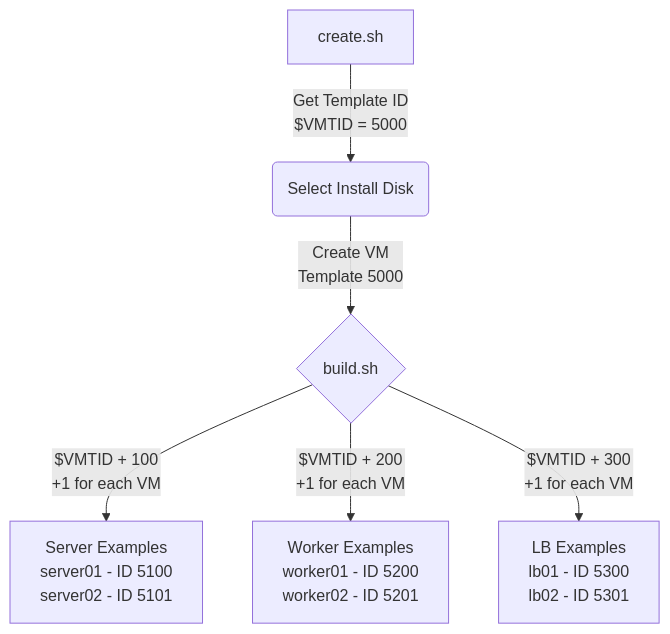
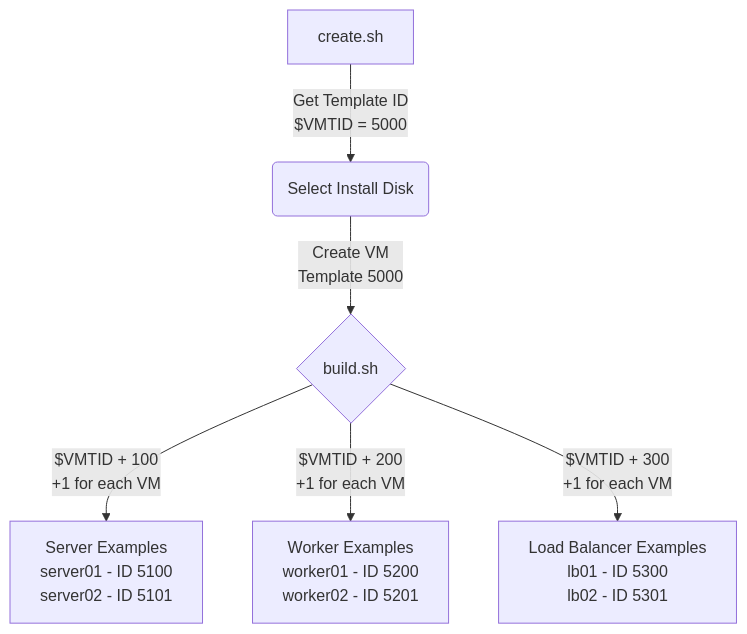
The diagram in README.md (meabert/Proxmox-Bulk-Deploy), drawn with Mermaid before and after one commit. The commit also changed other lines of this file, not shown here.

````diff
--- a/README.md
+++ b/README.md
@@ -10,8 +10,8 @@
 ```mermaid
 flowchart TD
     A[create.sh] -->|Get Template ID<br>$VMTID = 5000| B(Select Install Disk)
     B --> |Create VM<br>Template 5000| C{build.sh}
     C -->|$VMTID + 100<br>+1 for each VM| D[Server Examples<br>server01 - ID 5100<br>server02 - ID 5101]
     C -->|$VMTID + 200<br>+1 for each VM| E[Worker Examples<br>worker01 - ID 5200<br>worker02 - ID 5201]
-    C -->|$VMTID + 300<br>+1 for each VM| F[LB Examples<br>lb01 - ID 5300<br>lb02 - ID 5301]
+    C -->|$VMTID + 300<br>+1 for each VM| F[Load Balancer Examples<br>lb01 - ID 5300<br>lb02 - ID 5301]
 ```    
````
